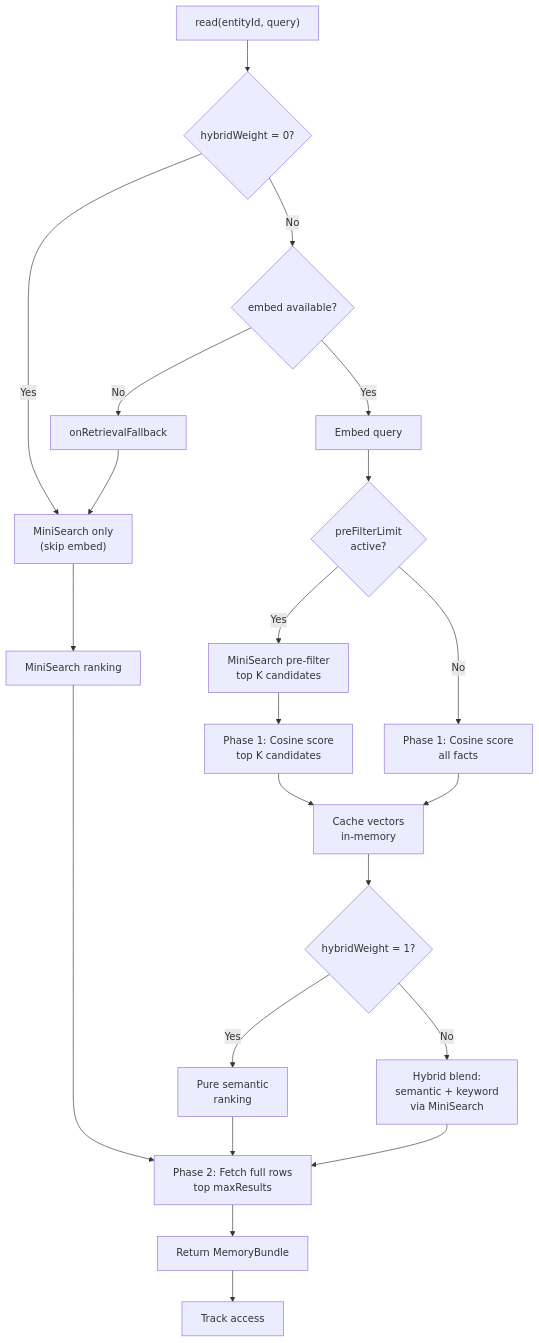
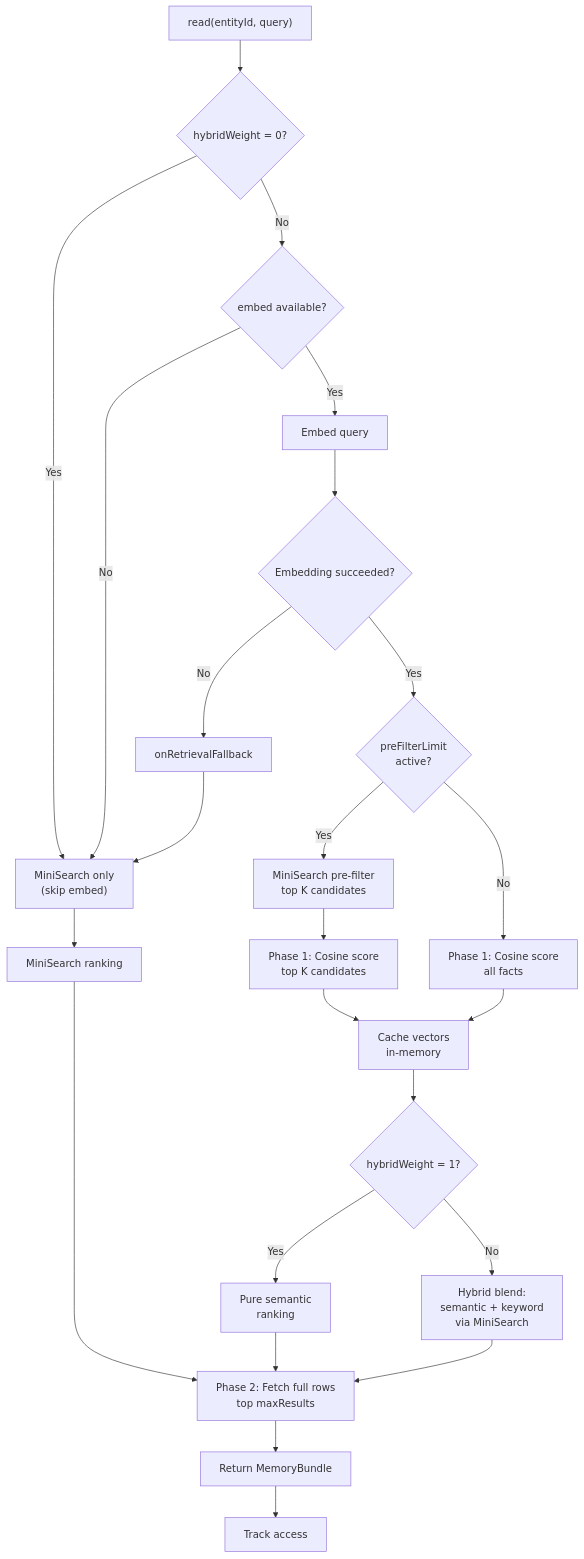
Before and after one commit to equationalapplications/expo-llm-wiki: the second of 3 diagrams in README.md, drawn with Mermaid.

Commit message:
Potential fix for pull request finding

````diff
--- a/README.md
+++ b/README.md
@@ -640,24 +640,26 @@
 ```mermaid
 flowchart TD
     A["read(entityId, query)"] --> B{hybridWeight = 0?}
     B -->|Yes| C["MiniSearch only<br/>(skip embed)"]
     B -->|No| D{embed available?}
-    D -->|No| E["onRetrievalFallback"]
+    D -->|No| C
+    D -->|Yes| F["Embed query"]
+    F --> G{Embedding succeeded?}
+    G -->|No| E["onRetrievalFallback"]
     E --> C
-    D -->|Yes| F["Embed query"]
-    F --> G{preFilterLimit<br/>active?}
-    G -->|Yes| H["MiniSearch pre-filter<br/>top K candidates"]
-    H --> I["Phase 1: Cosine score<br/>top K candidates"]
-    G -->|No| J["Phase 1: Cosine score<br/>all facts"]
-    I --> K["Cache vectors<br/>in-memory"]
-    J --> K
-    K --> L{hybridWeight = 1?}
-    L -->|Yes| M["Pure semantic<br/>ranking"]
-    L -->|No| N["Hybrid blend:<br/>semantic + keyword<br/>via MiniSearch"]
-    M --> O["Phase 2: Fetch full rows<br/>top maxResults"]
-    N --> O
-    C --> P["MiniSearch ranking"]
-    P --> O
-    O --> Q["Return MemoryBundle"]
-    Q --> R["Track access"]
+    G -->|Yes| H{preFilterLimit<br/>active?}
+    H -->|Yes| I["MiniSearch pre-filter<br/>top K candidates"]
+    I --> J["Phase 1: Cosine score<br/>top K candidates"]
+    H -->|No| K["Phase 1: Cosine score<br/>all facts"]
+    J --> L["Cache vectors<br/>in-memory"]
+    K --> L
+    L --> M{hybridWeight = 1?}
+    M -->|Yes| N["Pure semantic<br/>ranking"]
+    M -->|No| O["Hybrid blend:<br/>semantic + keyword<br/>via MiniSearch"]
+    N --> P["Phase 2: Fetch full rows<br/>top maxResults"]
+    O --> P
+    C --> Q["MiniSearch ranking"]
+    Q --> P
+    P --> R["Return MemoryBundle"]
+    R --> S["Track access"]
 ```
````
